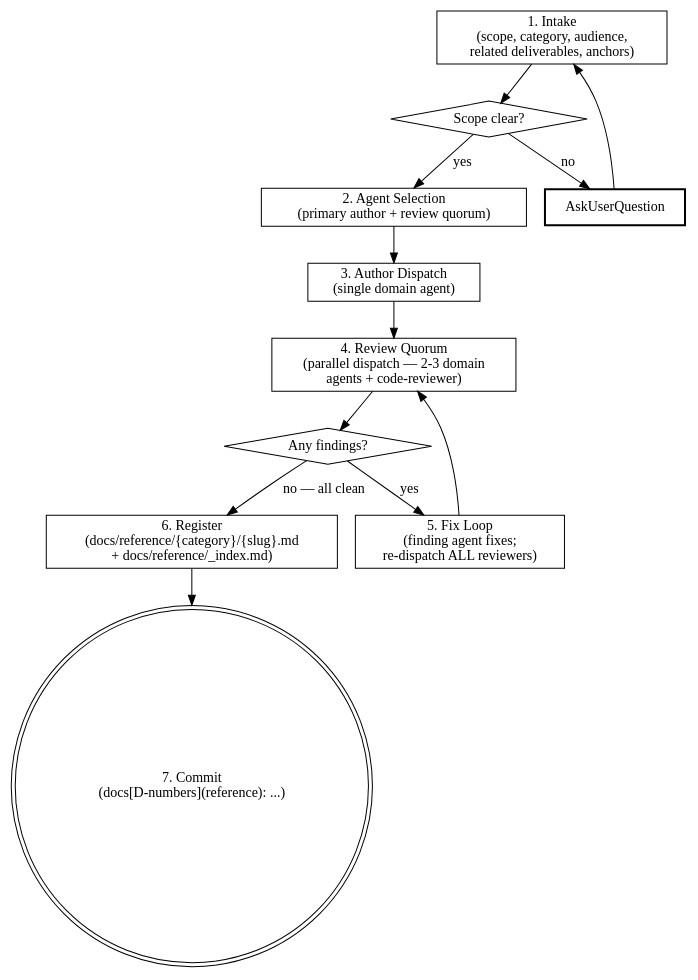
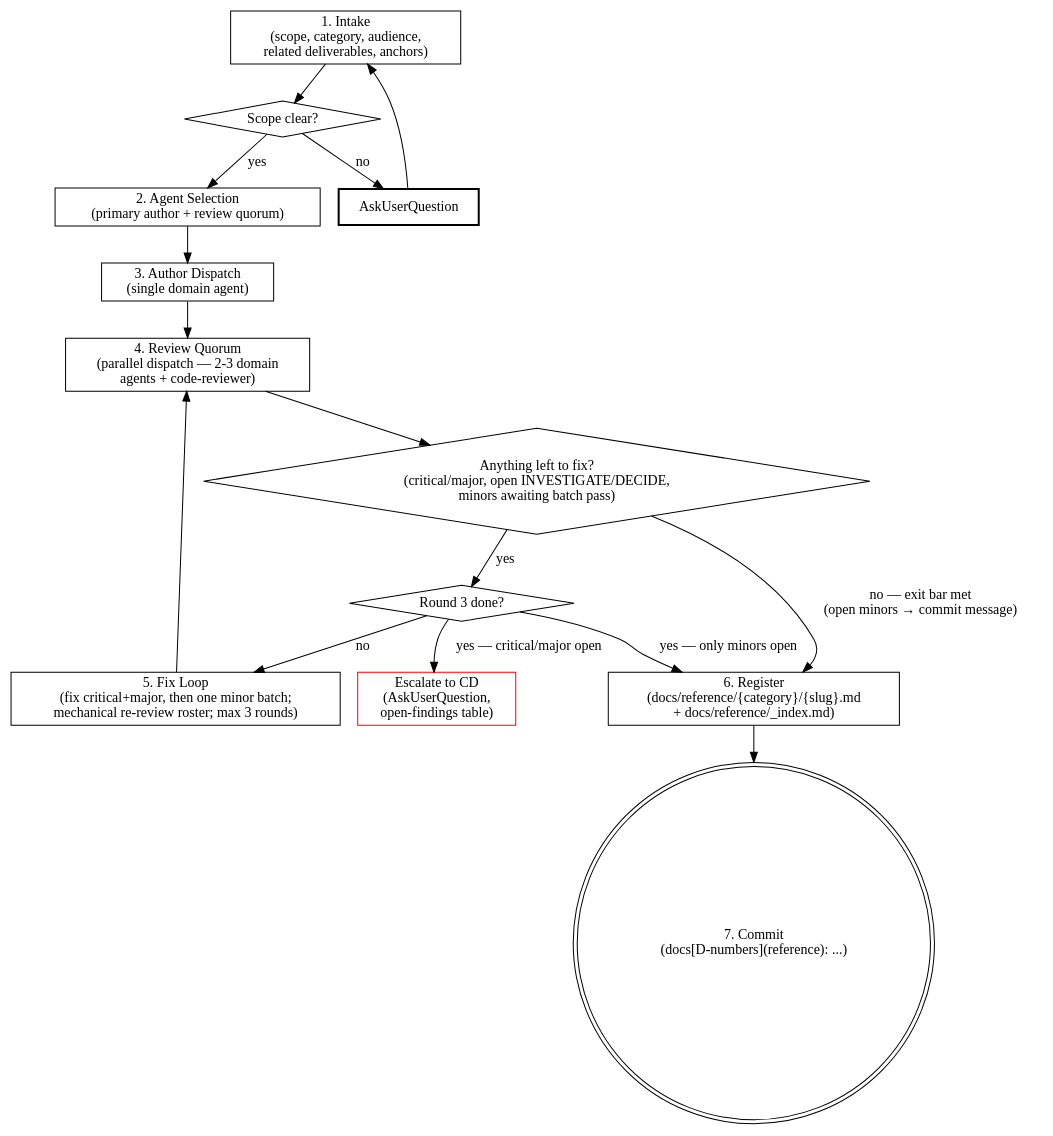
The diagram in skills/sdlc-create-reference-doc/SKILL.md (Inpacchi/cc-sdlc), drawn with Graphviz before and after one commit. The commit also changed other lines of this file and 30 other files, not shown here.

````diff
--- a/skills/sdlc-create-reference-doc/SKILL.md
+++ b/skills/sdlc-create-reference-doc/SKILL.md
@@ -28,29 +28,34 @@
 ```dot
 digraph sdlc_create_reference_doc {
     rankdir=TB;
 
     "1. Intake\n(scope, category, audience,\nrelated deliverables, anchors)" [shape=box];
     "Scope clear?" [shape=diamond];
     "AskUserQuestion" [shape=box, style=bold];
 
     "2. Agent Selection\n(primary author + review quorum)" [shape=box];
     "3. Author Dispatch\n(single domain agent)" [shape=box];
     "4. Review Quorum\n(parallel dispatch — 2-3 domain\nagents + code-reviewer)" [shape=box];
-    "Any findings?" [shape=diamond];
-    "5. Fix Loop\n(finding agent fixes;\nre-dispatch ALL reviewers)" [shape=box];
+    "Anything left to fix?\n(critical/major, open INVESTIGATE/DECIDE,\nminors awaiting batch pass)" [shape=diamond];
+    "5. Fix Loop\n(fix critical+major, then one minor batch;\nmechanical re-review roster; max 3 rounds)" [shape=box];
     "6. Register\n(docs/reference/{category}/{slug}.md\n+ docs/reference/_index.md)" [shape=box];
+    "Round 3 done?" [shape=diamond];
+    "Escalate to CD\n(AskUserQuestion,\nopen-findings table)" [shape=box, color=red];
     "7. Commit\n(docs[D-numbers](reference): ...)" [shape=doublecircle];
 
     "1. Intake\n(scope, category, audience,\nrelated deliverables, anchors)" -> "Scope clear?";
     "Scope clear?" -> "AskUserQuestion" [label="no"];
     "AskUserQuestion" -> "1. Intake\n(scope, category, audience,\nrelated deliverables, anchors)";
     "Scope clear?" -> "2. Agent Selection\n(primary author + review quorum)" [label="yes"];
     "2. Agent Selection\n(primary author + review quorum)" -> "3. Author Dispatch\n(single domain agent)";
     "3. Author Dispatch\n(single domain agent)" -> "4. Review Quorum\n(parallel dispatch — 2-3 domain\nagents + code-reviewer)";
-    "4. Review Quorum\n(parallel dispatch — 2-3 domain\nagents + code-reviewer)" -> "Any findings?";
-    "Any findings?" -> "5. Fix Loop\n(finding agent fixes;\nre-dispatch ALL reviewers)" [label="yes"];
-    "5. Fix Loop\n(finding agent fixes;\nre-dispatch ALL reviewers)" -> "4. Review Quorum\n(parallel dispatch — 2-3 domain\nagents + code-reviewer)";
-    "Any findings?" -> "6. Register\n(docs/reference/{category}/{slug}.md\n+ docs/reference/_index.md)" [label="no — all clean"];
+    "4. Review Quorum\n(parallel dispatch — 2-3 domain\nagents + code-reviewer)" -> "Anything left to fix?\n(critical/major, open INVESTIGATE/DECIDE,\nminors awaiting batch pass)";
+    "Anything left to fix?\n(critical/major, open INVESTIGATE/DECIDE,\nminors awaiting batch pass)" -> "Round 3 done?" [label="yes"];
+    "Round 3 done?" -> "5. Fix Loop\n(fix critical+major, then one minor batch;\nmechanical re-review roster; max 3 rounds)" [label="no"];
+    "Round 3 done?" -> "Escalate to CD\n(AskUserQuestion,\nopen-findings table)" [label="yes — critical/major open"];
+    "Round 3 done?" -> "6. Register\n(docs/reference/{category}/{slug}.md\n+ docs/reference/_index.md)" [label="yes — only minors open"];
+    "5. Fix Loop\n(fix critical+major, then one minor batch;\nmechanical re-review roster; max 3 rounds)" -> "4. Review Quorum\n(parallel dispatch — 2-3 domain\nagents + code-reviewer)";
+    "Anything left to fix?\n(critical/major, open INVESTIGATE/DECIDE,\nminors awaiting batch pass)" -> "6. Register\n(docs/reference/{category}/{slug}.md\n+ docs/reference/_index.md)" [label="no — exit bar met\n(open minors → commit message)"];
     "6. Register\n(docs/reference/{category}/{slug}.md\n+ docs/reference/_index.md)" -> "7. Commit\n(docs[D-numbers](reference): ...)";
 }
 ```
````
